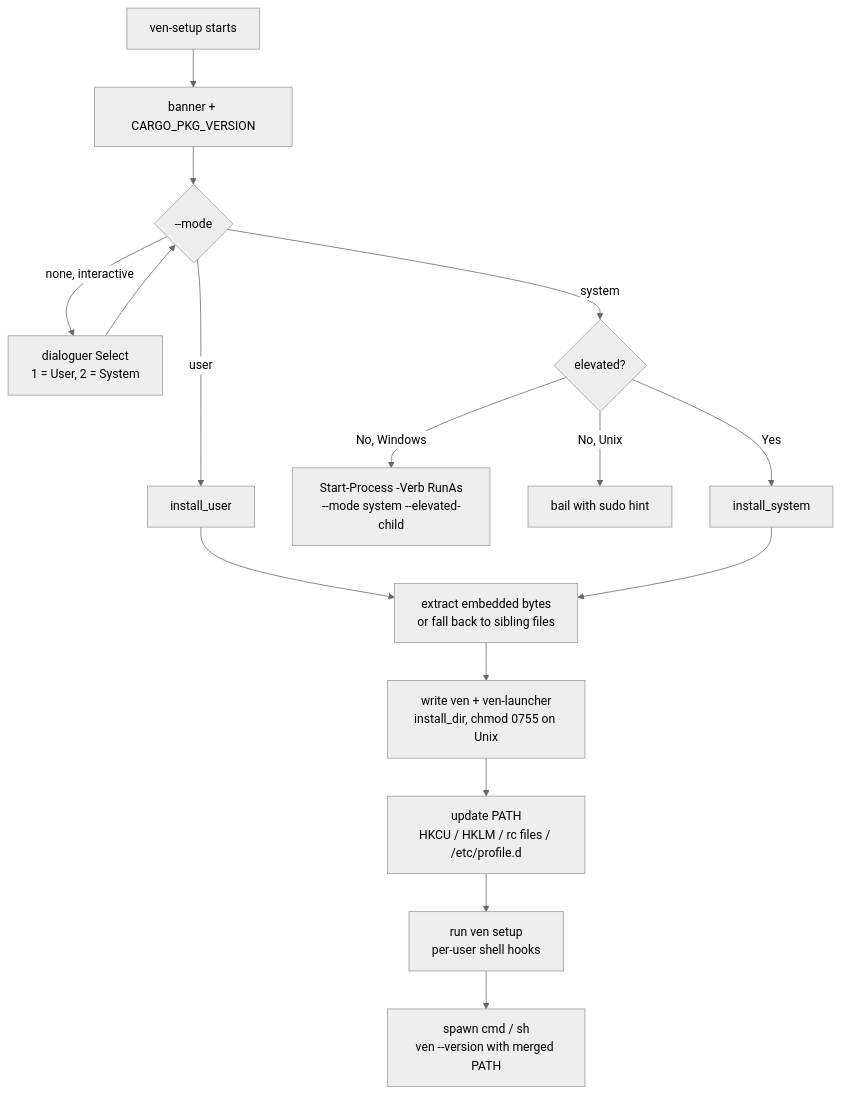
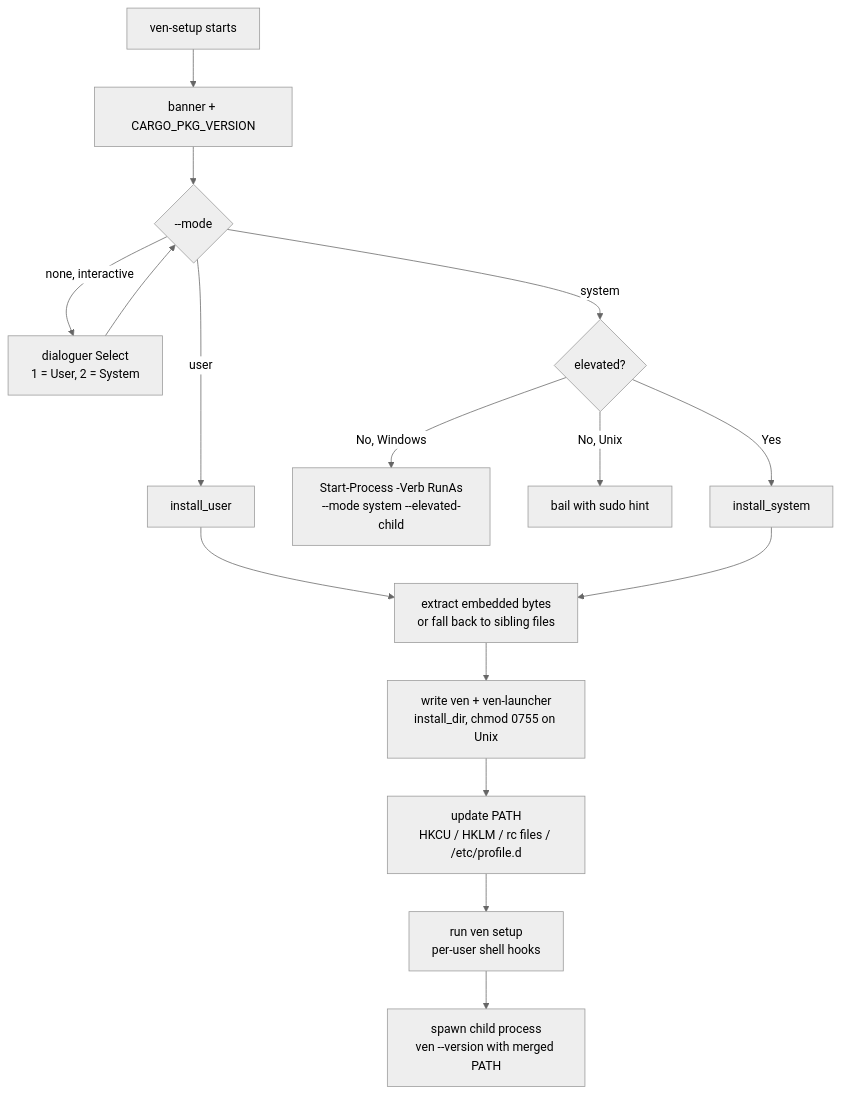
One commit to bhuwanb23/ven changed the diagram in docs/cmds/ven-setup.md. Above: the diagram before and after it, drawn with Mermaid (neutral theme). The commit also changed other lines of this file and 30 other files, not shown here.

````diff
--- a/docs/cmds/ven-setup.md
+++ b/docs/cmds/ven-setup.md
@@ -42,18 +44,18 @@
 ```mermaid
 flowchart TD
   start[ven-setup starts] --> banner[banner + CARGO_PKG_VERSION]
   banner --> mode{--mode}
   mode -->|none, interactive| prompt[dialoguer Select<br/>1 = User, 2 = System]
   prompt --> mode
   mode -->|user| ux[install_user]
   mode -->|system| elev{elevated?}
   elev -->|No, Windows| uac[Start-Process -Verb RunAs<br/>--mode system --elevated-child]
   elev -->|No, Unix| sudo[bail with sudo hint]
   elev -->|Yes| sx[install_system]
   ux --> extract[extract embedded bytes<br/>or fall back to sibling files]
   sx --> extract
   extract --> write[write ven + ven-launcher<br/>install_dir, chmod 0755 on Unix]
   write --> path[update PATH<br/>HKCU / HKLM / rc files / /etc/profile.d]
   path --> hooks[run ven setup<br/>per-user shell hooks]
-  hooks --> verify[spawn cmd / sh<br/>ven --version with merged PATH]
+  hooks --> verify[spawn child process<br/>ven --version with merged PATH]
 ```
````
